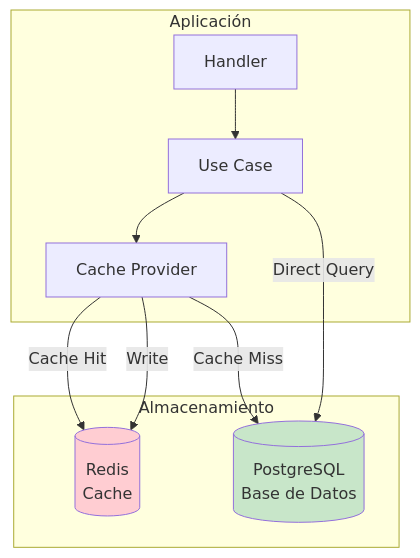
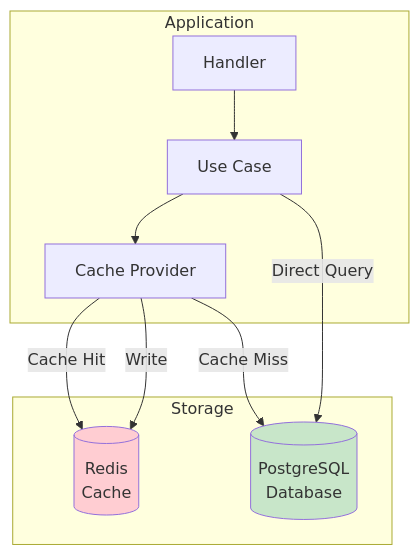
Diagram 19 of 27 in README.md (Simon3640/GoProjectSkeleton), drawn with Mermaid before and after one commit. The commit also changed other lines of this file and 1 other file, not shown here.

````diff
--- a/README.md
+++ b/README.md
@@ -3404,23 +3404,23 @@
 ```mermaid
 graph TB
-    subgraph App["Aplicación"]
+    subgraph App["Application"]
         Handler[Handler]
         UseCase[Use Case]
         Cache[Cache Provider]
     end
 
-    subgraph Storage["Almacenamiento"]
+    subgraph Storage["Storage"]
         Redis[(Redis<br/>Cache)]
-        DB[(PostgreSQL<br/>Base de Datos)]
+        DB[(PostgreSQL<br/>Database)]
     end
 
     Handler --> UseCase
     UseCase --> Cache
     Cache -->|Cache Hit| Redis
     Cache -->|Cache Miss| DB
     Cache -->|Write| Redis
     UseCase -->|Direct Query| DB
 
     style Redis fill:#ffcdd2
     style DB fill:#c8e6c9
 ```
````
